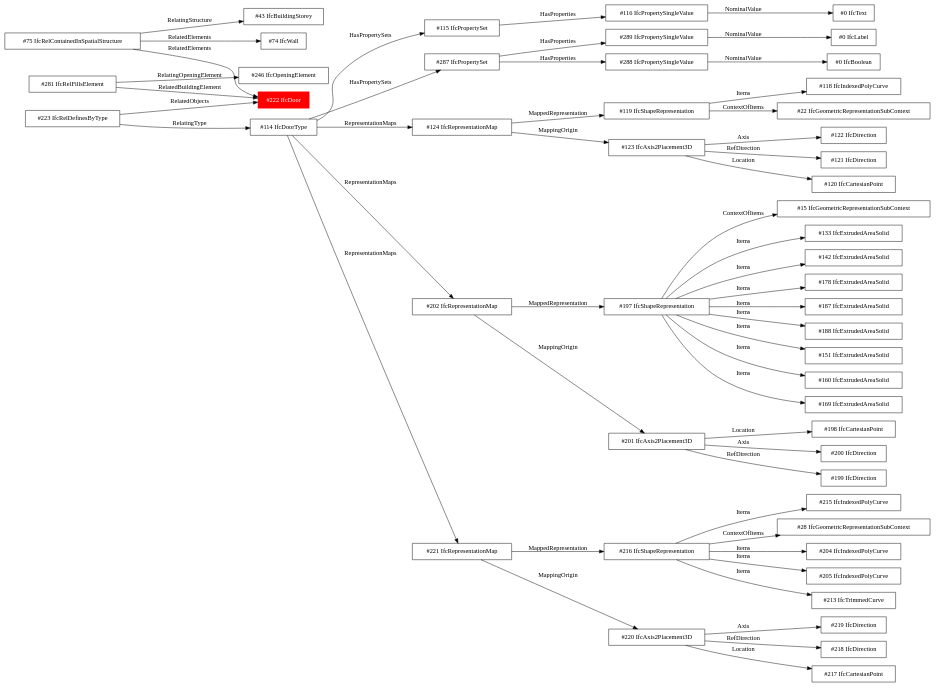
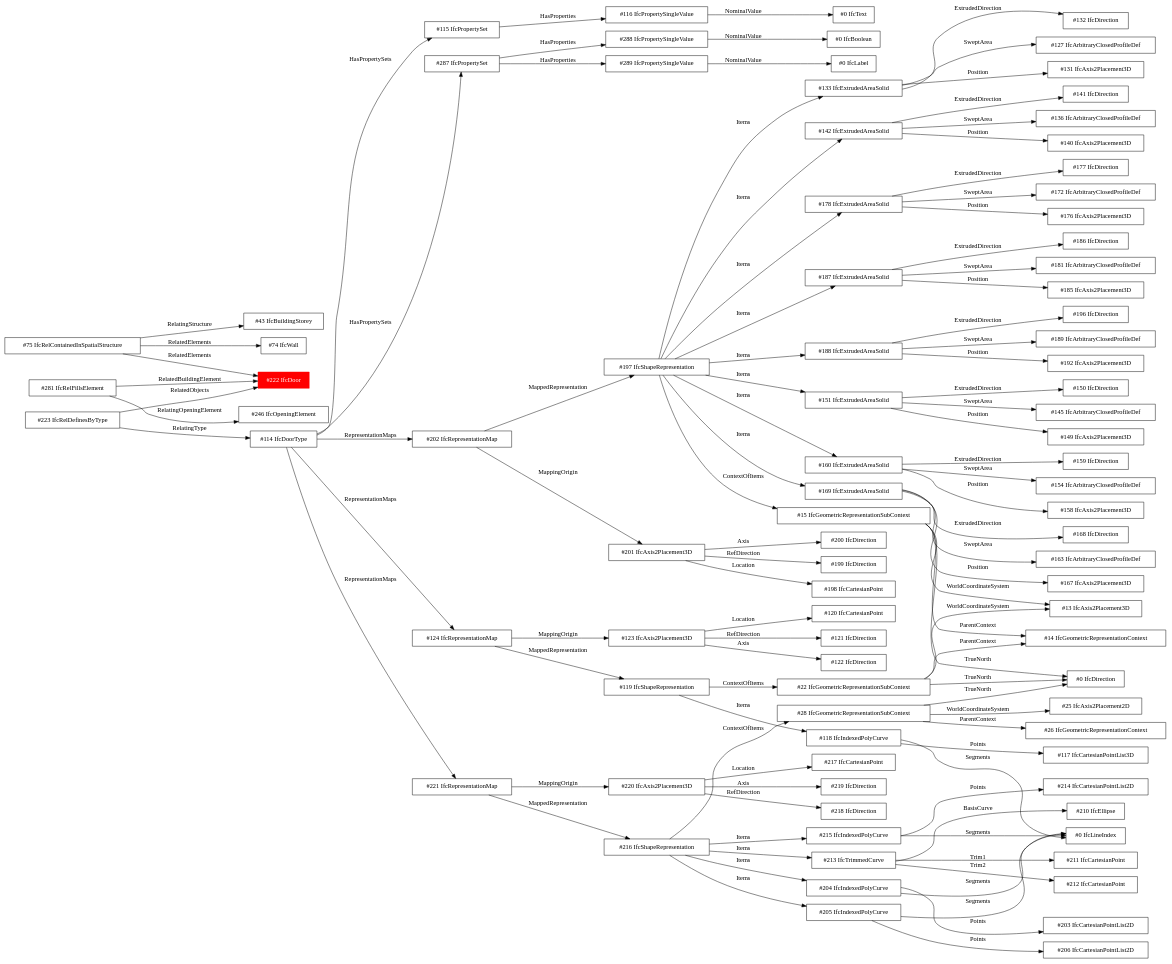
Before and after one commit to jakob-beetz/bonsaiGraph: the diagram in ifc_hierarchy_graph_fallback.dot, drawn with Graphviz. The commit also changed 7 other files, not shown here.

```diff
--- a/ifc_hierarchy_graph_fallback.dot
+++ b/ifc_hierarchy_graph_fallback.dot
@@ -21,7 +21,12 @@
 "#121 IfcDirection" [label="#121 IfcDirection", is_selected=False, shape=box];
 "#119 IfcShapeRepresentation" [label="#119 IfcShapeRepresentation", is_selected=False, shape=box];
 "#22 IfcGeometricRepresentationSubContext" [label="#22 IfcGeometricRepresentationSubContext", is_selected=False, shape=box];
+"#13 IfcAxis2Placement3D" [label="#13 IfcAxis2Placement3D", is_selected=False, shape=box];
+"#0 IfcDirection" [label="#0 IfcDirection", is_selected=False, shape=box];
+"#14 IfcGeometricRepresentationContext" [label="#14 IfcGeometricRepresentationContext", is_selected=False, shape=box];
 "#118 IfcIndexedPolyCurve" [label="#118 IfcIndexedPolyCurve", is_selected=False, shape=box];
+"#117 IfcCartesianPointList3D" [label="#117 IfcCartesianPointList3D", is_selected=False, shape=box];
+"#0 IfcLineIndex" [label="#0 IfcLineIndex", is_selected=False, shape=box];
 "#202 IfcRepresentationMap" [label="#202 IfcRepresentationMap", is_selected=False, shape=box];
 "#201 IfcAxis2Placement3D" [label="#201 IfcAxis2Placement3D", is_selected=False, shape=box];
 "#198 IfcCartesianPoint" [label="#198 IfcCartesianPoint", is_selected=False, shape=box];
@@ -30,13 +35,37 @@
 "#197 IfcShapeRepresentation" [label="#197 IfcShapeRepresentation", is_selected=False, shape=box];
 "#15 IfcGeometricRepresentationSubContext" [label="#15 IfcGeometricRepresentationSubContext", is_selected=False, shape=box];
 "#133 IfcExtrudedAreaSolid" [label="#133 IfcExtrudedAreaSolid", is_selected=False, shape=box];
+"#127 IfcArbitraryClosedProfileDef" [label="#127 IfcArbitraryClosedProfileDef", is_selected=False, shape=box];
+"#131 IfcAxis2Placement3D" [label="#131 IfcAxis2Placement3D", is_selected=False, shape=box];
+"#132 IfcDirection" [label="#132 IfcDirection", is_selected=False, shape=box];
 "#142 IfcExtrudedAreaSolid" [label="#142 IfcExtrudedAreaSolid", is_selected=False, shape=box];
+"#136 IfcArbitraryClosedProfileDef" [label="#136 IfcArbitraryClosedProfileDef", is_selected=False, shape=box];
+"#140 IfcAxis2Placement3D" [label="#140 IfcAxis2Placement3D", is_selected=False, shape=box];
+"#141 IfcDirection" [label="#141 IfcDirection", is_selected=False, shape=box];
 "#178 IfcExtrudedAreaSolid" [label="#178 IfcExtrudedAreaSolid", is_selected=False, shape=box];
+"#172 IfcArbitraryClosedProfileDef" [label="#172 IfcArbitraryClosedProfileDef", is_selected=False, shape=box];
+"#176 IfcAxis2Placement3D" [label="#176 IfcAxis2Placement3D", is_selected=False, shape=box];
+"#177 IfcDirection" [label="#177 IfcDirection", is_selected=False, shape=box];
 "#187 IfcExtrudedAreaSolid" [label="#187 IfcExtrudedAreaSolid", is_selected=False, shape=box];
+"#181 IfcArbitraryClosedProfileDef" [label="#181 IfcArbitraryClosedProfileDef", is_selected=False, shape=box];
+"#185 IfcAxis2Placement3D" [label="#185 IfcAxis2Placement3D", is_selected=False, shape=box];
+"#186 IfcDirection" [label="#186 IfcDirection", is_selected=False, shape=box];
 "#188 IfcExtrudedAreaSolid" [label="#188 IfcExtrudedAreaSolid", is_selected=False, shape=box];
+"#189 IfcArbitraryClosedProfileDef" [label="#189 IfcArbitraryClosedProfileDef", is_selected=False, shape=box];
+"#192 IfcAxis2Placement3D" [label="#192 IfcAxis2Placement3D", is_selected=False, shape=box];
+"#196 IfcDirection" [label="#196 IfcDirection", is_selected=False, shape=box];
 "#151 IfcExtrudedAreaSolid" [label="#151 IfcExtrudedAreaSolid", is_selected=False, shape=box];
+"#145 IfcArbitraryClosedProfileDef" [label="#145 IfcArbitraryClosedProfileDef", is_selected=False, shape=box];
+"#149 IfcAxis2Placement3D" [label="#149 IfcAxis2Placement3D", is_selected=False, shape=box];
+"#150 IfcDirection" [label="#150 IfcDirection", is_selected=False, shape=box];
 "#160 IfcExtrudedAreaSolid" [label="#160 IfcExtrudedAreaSolid", is_selected=False, shape=box];
+"#154 IfcArbitraryClosedProfileDef" [label="#154 IfcArbitraryClosedProfileDef", is_selected=False, shape=box];
+"#158 IfcAxis2Placement3D" [label="#158 IfcAxis2Placement3D", is_selected=False, shape=box];
+"#159 IfcDirection" [label="#159 IfcDirection", is_selected=False, shape=box];
 "#169 IfcExtrudedAreaSolid" [label="#169 IfcExtrudedAreaSolid", is_selected=False, shape=box];
+"#163 IfcArbitraryClosedProfileDef" [label="#163 IfcArbitraryClosedProfileDef", is_selected=False, shape=box];
+"#167 IfcAxis2Placement3D" [label="#167 IfcAxis2Placement3D", is_selected=False, shape=box];
+"#168 IfcDirection" [label="#168 IfcDirection", is_selected=False, shape=box];
 "#221 IfcRepresentationMap" [label="#221 IfcRepresentationMap", is_selected=False, shape=box];
 "#220 IfcAxis2Placement3D" [label="#220 IfcAxis2Placement3D", is_selected=False, shape=box];
 "#217 IfcCartesianPoint" [label="#217 IfcCartesianPoint", is_selected=False, shape=box];
@@ -44,10 +73,18 @@
 "#218 IfcDirection" [label="#218 IfcDirection", is_selected=False, shape=box];
 "#216 IfcShapeRepresentation" [label="#216 IfcShapeRepresentation", is_selected=False, shape=box];
 "#28 IfcGeometricRepresentationSubContext" [label="#28 IfcGeometricRepresentationSubContext", is_selected=False, shape=box];
+"#25 IfcAxis2Placement2D" [label="#25 IfcAxis2Placement2D", is_selected=False, shape=box];
+"#26 IfcGeometricRepresentationContext" [label="#26 IfcGeometricRepresentationContext", is_selected=False, shape=box];
 "#204 IfcIndexedPolyCurve" [label="#204 IfcIndexedPolyCurve", is_selected=False, shape=box];
+"#203 IfcCartesianPointList2D" [label="#203 IfcCartesianPointList2D", is_selected=False, shape=box];
 "#205 IfcIndexedPolyCurve" [label="#205 IfcIndexedPolyCurve", is_selected=False, shape=box];
+"#206 IfcCartesianPointList2D" [label="#206 IfcCartesianPointList2D", is_selected=False, shape=box];
 "#213 IfcTrimmedCurve" [label="#213 IfcTrimmedCurve", is_selected=False, shape=box];
+"#210 IfcEllipse" [label="#210 IfcEllipse", is_selected=False, shape=box];
+"#211 IfcCartesianPoint" [label="#211 IfcCartesianPoint", is_selected=False, shape=box];
+"#212 IfcCartesianPoint" [label="#212 IfcCartesianPoint", is_selected=False, shape=box];
 "#215 IfcIndexedPolyCurve" [label="#215 IfcIndexedPolyCurve", is_selected=False, shape=box];
+"#214 IfcCartesianPointList2D" [label="#214 IfcCartesianPointList2D", is_selected=False, shape=box];
 "#281 IfcRelFillsElement" [label="#281 IfcRelFillsElement", is_selected=False, shape=box];
 "#246 IfcOpeningElement" [label="#246 IfcOpeningElement", is_selected=False, shape=box];
 "#75 IfcRelContainedInSpatialStructure" -> "#222 IfcDoor" [label=RelatedElements];
@@ -73,6 +110,11 @@
 "#123 IfcAxis2Placement3D" -> "#121 IfcDirection" [label=RefDirection];
 "#119 IfcShapeRepresentation" -> "#22 IfcGeometricRepresentationSubContext" [label=ContextOfItems];
 "#119 IfcShapeRepresentation" -> "#118 IfcIndexedPolyCurve" [label=Items];
+"#22 IfcGeometricRepresentationSubContext" -> "#13 IfcAxis2Placement3D" [label=WorldCoordinateSystem];
+"#22 IfcGeometricRepresentationSubContext" -> "#0 IfcDirection" [label=TrueNorth];
+"#22 IfcGeometricRepresentationSubContext" -> "#14 IfcGeometricRepresentationContext" [label=ParentContext];
+"#118 IfcIndexedPolyCurve" -> "#117 IfcCartesianPointList3D" [label=Points];
+"#118 IfcIndexedPolyCurve" -> "#0 IfcLineIndex" [label=Segments];
 "#202 IfcRepresentationMap" -> "#201 IfcAxis2Placement3D" [label=MappingOrigin];
 "#202 IfcRepresentationMap" -> "#197 IfcShapeRepresentation" [label=MappedRepresentation];
 "#201 IfcAxis2Placement3D" -> "#198 IfcCartesianPoint" [label=Location];
@@ -87,6 +129,33 @@
 "#197 IfcShapeRepresentation" -> "#151 IfcExtrudedAreaSolid" [label=Items];
 "#197 IfcShapeRepresentation" -> "#160 IfcExtrudedAreaSolid" [label=Items];
 "#197 IfcShapeRepresentation" -> "#169 IfcExtrudedAreaSolid" [label=Items];
+"#15 IfcGeometricRepresentationSubContext" -> "#13 IfcAxis2Placement3D" [label=WorldCoordinateSystem];
+"#15 IfcGeometricRepresentationSubContext" -> "#0 IfcDirection" [label=TrueNorth];
+"#15 IfcGeometricRepresentationSubContext" -> "#14 IfcGeometricRepresentationContext" [label=ParentContext];
+"#133 IfcExtrudedAreaSolid" -> "#127 IfcArbitraryClosedProfileDef" [label=SweptArea];
+"#133 IfcExtrudedAreaSolid" -> "#131 IfcAxis2Placement3D" [label=Position];
+"#133 IfcExtrudedAreaSolid" -> "#132 IfcDirection" [label=ExtrudedDirection];
+"#142 IfcExtrudedAreaSolid" -> "#136 IfcArbitraryClosedProfileDef" [label=SweptArea];
+"#142 IfcExtrudedAreaSolid" -> "#140 IfcAxis2Placement3D" [label=Position];
+"#142 IfcExtrudedAreaSolid" -> "#141 IfcDirection" [label=ExtrudedDirection];
+"#178 IfcExtrudedAreaSolid" -> "#172 IfcArbitraryClosedProfileDef" [label=SweptArea];
+"#178 IfcExtrudedAreaSolid" -> "#176 IfcAxis2Placement3D" [label=Position];
+"#178 IfcExtrudedAreaSolid" -> "#177 IfcDirection" [label=ExtrudedDirection];
+"#187 IfcExtrudedAreaSolid" -> "#181 IfcArbitraryClosedProfileDef" [label=SweptArea];
+"#187 IfcExtrudedAreaSolid" -> "#185 IfcAxis2Placement3D" [label=Position];
+"#187 IfcExtrudedAreaSolid" -> "#186 IfcDirection" [label=ExtrudedDirection];
+"#188 IfcExtrudedAreaSolid" -> "#189 IfcArbitraryClosedProfileDef" [label=SweptArea];
+"#188 IfcExtrudedAreaSolid" -> "#192 IfcAxis2Placement3D" [label=Position];
+"#188 IfcExtrudedAreaSolid" -> "#196 IfcDirection" [label=ExtrudedDirection];
+"#151 IfcExtrudedAreaSolid" -> "#145 IfcArbitraryClosedProfileDef" [label=SweptArea];
+"#151 IfcExtrudedAreaSolid" -> "#149 IfcAxis2Placement3D" [label=Position];
+"#151 IfcExtrudedAreaSolid" -> "#150 IfcDirection" [label=ExtrudedDirection];
+"#160 IfcExtrudedAreaSolid" -> "#154 IfcArbitraryClosedProfileDef" [label=SweptArea];
+"#160 IfcExtrudedAreaSolid" -> "#158 IfcAxis2Placement3D" [label=Position];
+"#160 IfcExtrudedAreaSolid" -> "#159 IfcDirection" [label=ExtrudedDirection];
+"#169 IfcExtrudedAreaSolid" -> "#163 IfcArbitraryClosedProfileDef" [label=SweptArea];
+"#169 IfcExtrudedAreaSolid" -> "#167 IfcAxis2Placement3D" [label=Position];
+"#169 IfcExtrudedAreaSolid" -> "#168 IfcDirection" [label=ExtrudedDirection];
 "#221 IfcRepresentationMap" -> "#220 IfcAxis2Placement3D" [label=MappingOrigin];
 "#221 IfcRepresentationMap" -> "#216 IfcShapeRepresentation" [label=MappedRepresentation];
 "#220 IfcAxis2Placement3D" -> "#217 IfcCartesianPoint" [label=Location];
@@ -97,6 +166,18 @@
 "#216 IfcShapeRepresentation" -> "#205 IfcIndexedPolyCurve" [label=Items];
 "#216 IfcShapeRepresentation" -> "#213 IfcTrimmedCurve" [label=Items];
 "#216 IfcShapeRepresentation" -> "#215 IfcIndexedPolyCurve" [label=Items];
+"#28 IfcGeometricRepresentationSubContext" -> "#25 IfcAxis2Placement2D" [label=WorldCoordinateSystem];
+"#28 IfcGeometricRepresentationSubContext" -> "#0 IfcDirection" [label=TrueNorth];
+"#28 IfcGeometricRepresentationSubContext" -> "#26 IfcGeometricRepresentationContext" [label=ParentContext];
+"#204 IfcIndexedPolyCurve" -> "#203 IfcCartesianPointList2D" [label=Points];
+"#204 IfcIndexedPolyCurve" -> "#0 IfcLineIndex" [label=Segments];
+"#205 IfcIndexedPolyCurve" -> "#206 IfcCartesianPointList2D" [label=Points];
+"#205 IfcIndexedPolyCurve" -> "#0 IfcLineIndex" [label=Segments];
+"#213 IfcTrimmedCurve" -> "#210 IfcEllipse" [label=BasisCurve];
+"#213 IfcTrimmedCurve" -> "#211 IfcCartesianPoint" [label=Trim1];
+"#213 IfcTrimmedCurve" -> "#212 IfcCartesianPoint" [label=Trim2];
+"#215 IfcIndexedPolyCurve" -> "#214 IfcCartesianPointList2D" [label=Points];
+"#215 IfcIndexedPolyCurve" -> "#0 IfcLineIndex" [label=Segments];
 "#281 IfcRelFillsElement" -> "#222 IfcDoor" [label=RelatedBuildingElement];
 "#281 IfcRelFillsElement" -> "#246 IfcOpeningElement" [label=RelatingOpeningElement];
 }
```
